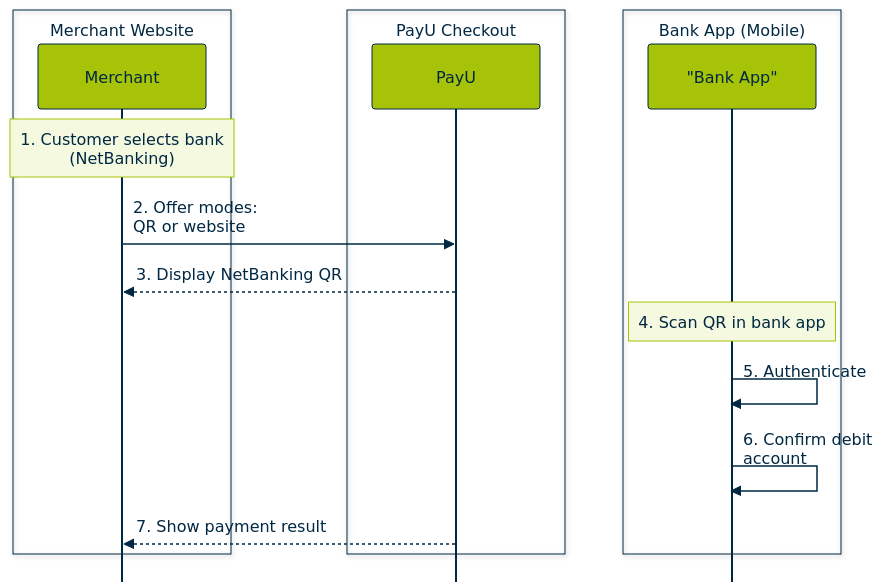
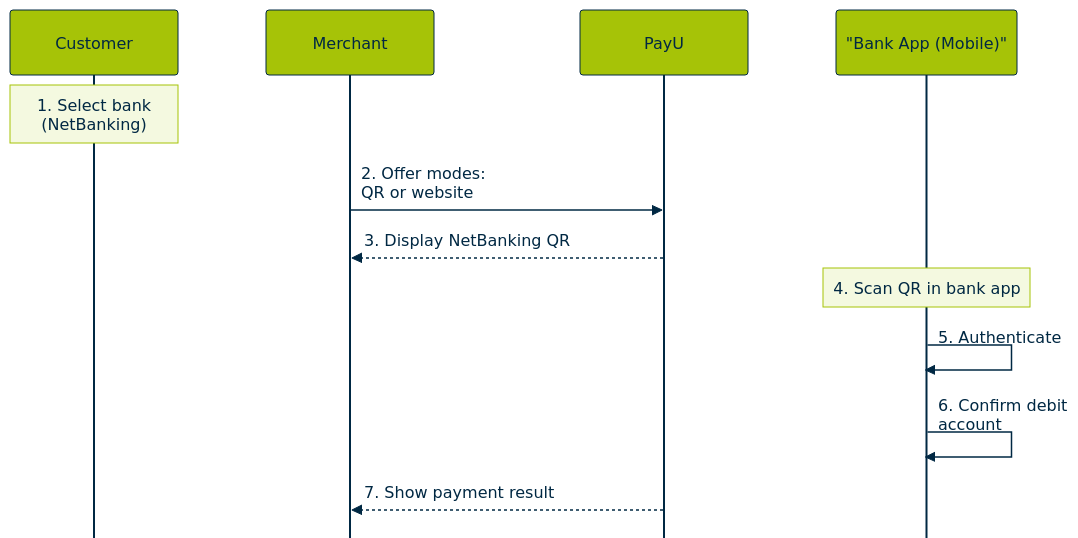
One commit to payu-india/CMS-Chatbot changed the second of 5 diagrams in docs/Offerings/banking-connect-ibmb-or-nbbl/nbbl-overview.md. Above: the diagram before and after it, drawn with Mermaid. The commit also changed other lines of this file, not shown here.

Commit message:
Updated "NBBL Overview with Merchant Hosted" in docs

````diff
--- a/docs/Offerings/banking-connect-ibmb-or-nbbl/nbbl-overview.md
+++ b/docs/Offerings/banking-connect-ibmb-or-nbbl/nbbl-overview.md
@@ -98,64 +100,59 @@
 ```mermaid
 %%{init: {
   "theme": "base",
   "sequence": {
     "mirrorActors": false,
     "rightAngles": true,
     "messageAlign": "left",
     "fontSize": 10,
     "actorFontSize": 10,
     "noteFontSize": 10,
     "actorMargin": 88,
     "width": 168,
     "boxMargin": 10,
     "messageMargin": 38,
     "diagramMarginX": 60,
     "diagramMarginY": 18
   },
   "themeVariables": {
     "fontFamily": "Arial, Helvetica, sans-serif",
     "fontSize": "10px",
     "background": "#FFFFFF",
     "primaryColor": "#A6C307",
     "primaryTextColor": "#002843",
     "primaryBorderColor": "#002843",
     "secondaryColor": "#F4F9E0",
     "lineColor": "#002843",
     "textColor": "#002843",
     "actorBkg": "#A6C307",
     "actorBorder": "#002843",
     "actorTextColor": "#002843",
     "actorLineColor": "#002843",
     "signalColor": "#002843",
     "signalTextColor": "#002843",
     "labelBoxBkgColor": "#F4F9E0",
     "labelBoxBorderColor": "#A6C307",
     "noteBkgColor": "#F4F9E0",
     "noteTextColor": "#002843",
     "noteBorderColor": "#A6C307",
     "activationBkgColor": "#E8F0C4",
     "activationBorderColor": "#002843"
   }
 }}%%
 sequenceDiagram
-    box Merchant Website
-        participant Merchant
-    end
-    box PayU Checkout
-        participant PayU
-    end
-    box Bank App (Mobile)
-        participant BankApp as "Bank App"
-    end
+    participant Customer
+    participant Merchant
+    participant PayU
+    participant BankApp as "Bank App (Mobile)"
 
-    Note over Merchant: 1. Customer selects bank<br/>(NetBanking)
+    Note over Customer: 1. Select bank<br/>(NetBanking)
 
     Merchant->>PayU: 2. Offer modes:<br/>QR or website
     PayU-->>Merchant: 3. Display NetBanking QR
 
     Note over BankApp: 4. Scan QR in bank app
     BankApp->>BankApp: 5. Authenticate
     BankApp->>BankApp: 6. Confirm debit<br/>account
 
     PayU-->>Merchant: 7. Show payment result
 ```
````
